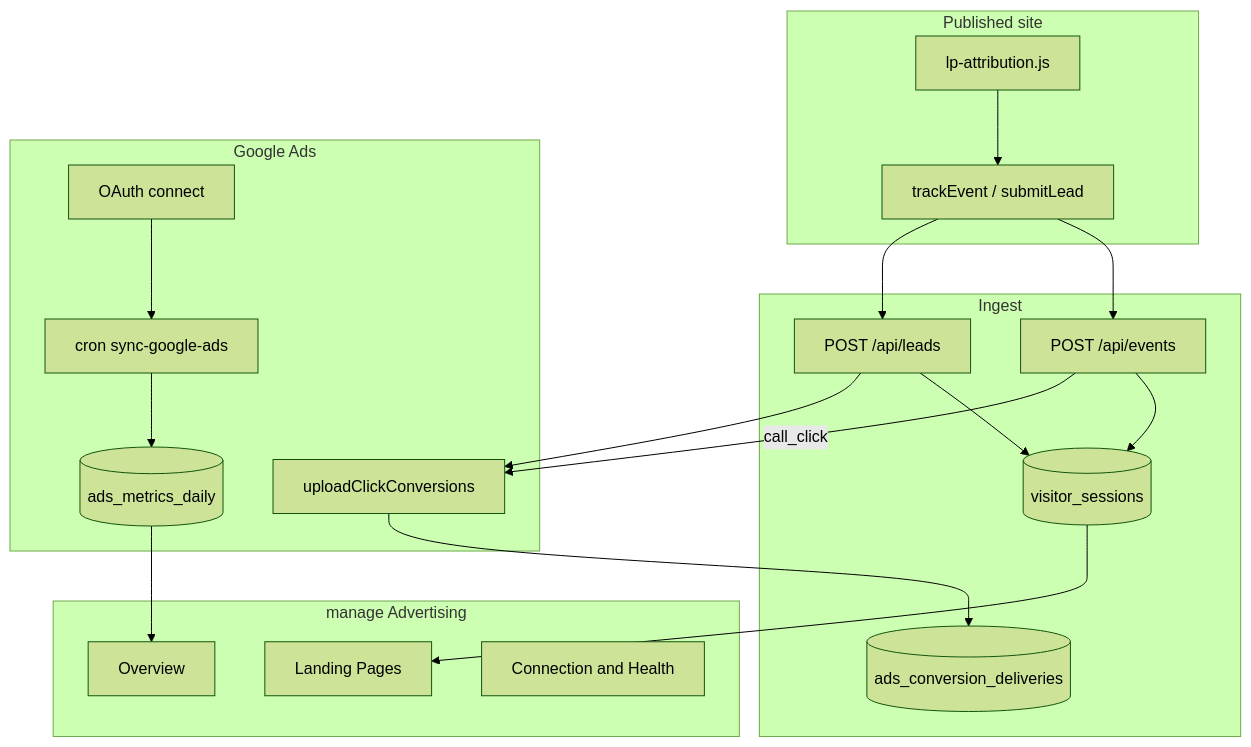
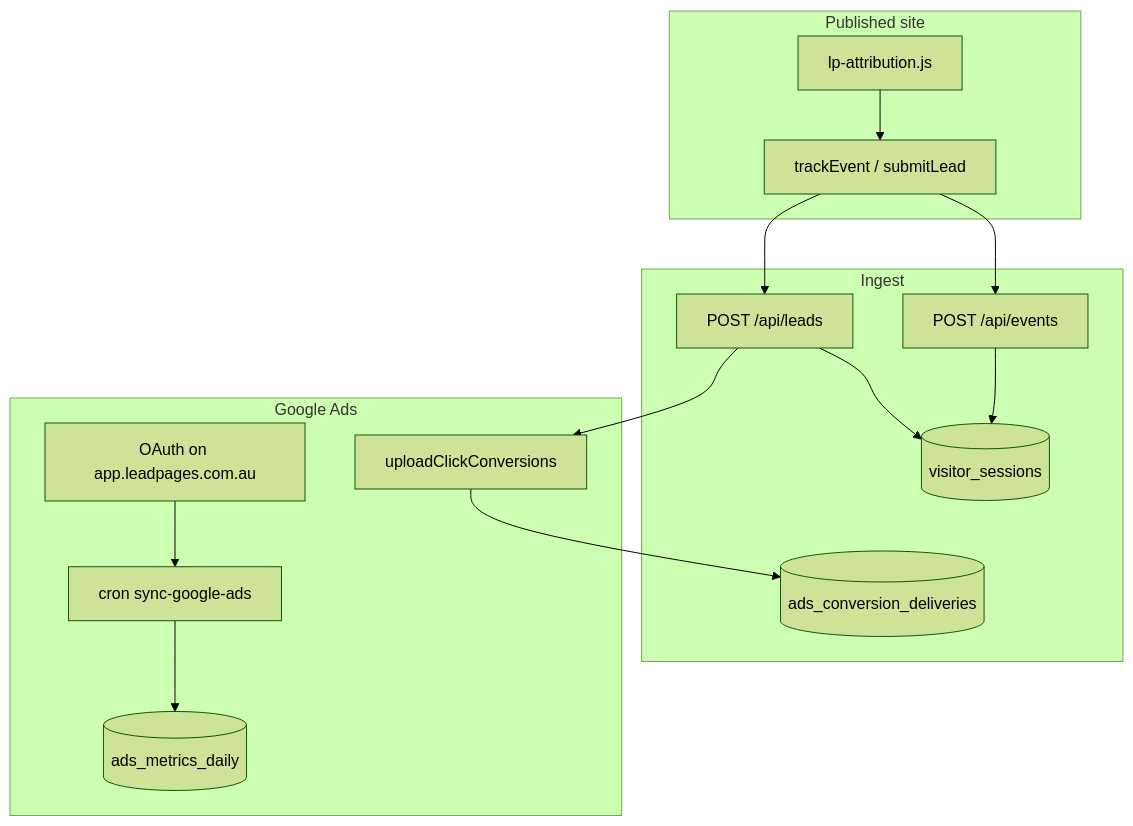
The diagram in docs/features/Google Ads.md (coffeeguy77/leadpages), drawn with Mermaid (forest theme) before and after one commit. The commit also changed other lines of this file and 20 other files, not shown here.

First line of the commit message:
fix(ads): use app.leadpages.com.au for OAuth and integrations

````diff
--- a/docs/features/Google Ads.md
+++ b/docs/features/Google Ads.md
@@ -28,31 +141,23 @@
 ```mermaid
 flowchart TB
   subgraph visitor [Published site]
     Attr[lp-attribution.js]
     TE[trackEvent / submitLead]
   end
   subgraph ingest [Ingest]
     EV[POST /api/events]
     LD[POST /api/leads]
     VS[(visitor_sessions)]
     CD[(ads_conversion_deliveries)]
   end
   subgraph google [Google Ads]
-    OAuth[OAuth connect]
+    OAuth[OAuth on app.leadpages.com.au]
     Sync[cron sync-google-ads]
     Upload[uploadClickConversions]
     Met[(ads_metrics_daily)]
   end
-  subgraph ui [manage Advertising]
-    OV[Overview]
-    LP[Landing Pages]
-    HL[Connection and Health]
-  end
   Attr --> TE --> EV --> VS
   TE --> LD --> VS
   LD --> Upload --> CD
-  EV -->|call_click| Upload
   OAuth --> Sync --> Met
-  Met --> OV
-  VS --> LP
 ```
````
